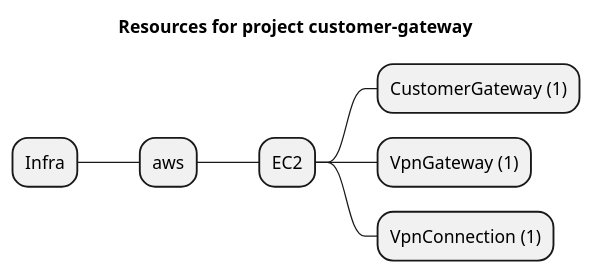
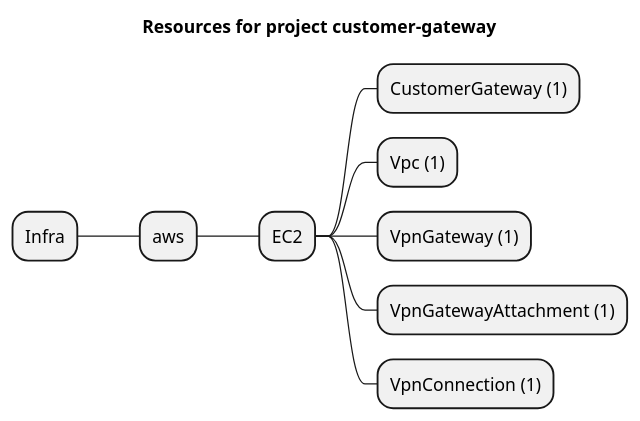
Before and after one commit to grucloud/grucloud: the diagram in examples/aws/EC2/site2site/artifacts/resources-mindmap.puml, drawn with PlantUML. The commit also changed 14 other files, not shown here.

Commit message:
EC2VpnGatewayAttachment

```diff
--- a/examples/aws/EC2/site2site/artifacts/resources-mindmap.puml
+++ b/examples/aws/EC2/site2site/artifacts/resources-mindmap.puml
@@ -1,10 +1,12 @@
 @startmindmap
 title Resources for project customer-gateway
 skinparam monochrome true
 + Infra
 ++ aws
 +++ EC2
 ++++ CustomerGateway (1)
+++++ Vpc (1)
 ++++ VpnGateway (1)
+++++ VpnGatewayAttachment (1)
 ++++ VpnConnection (1)
 @endmindmap
```
